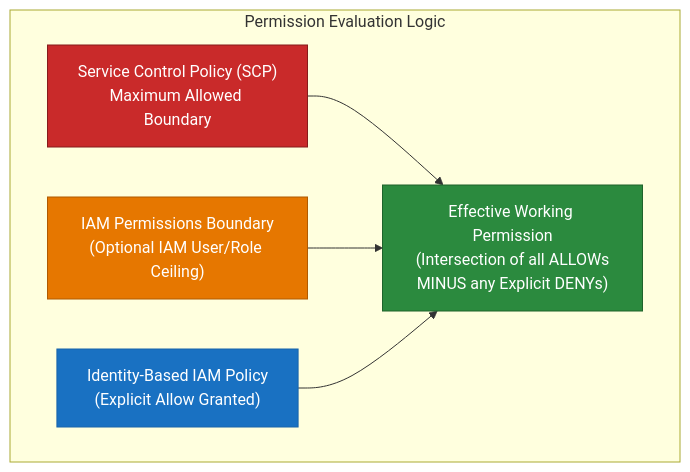
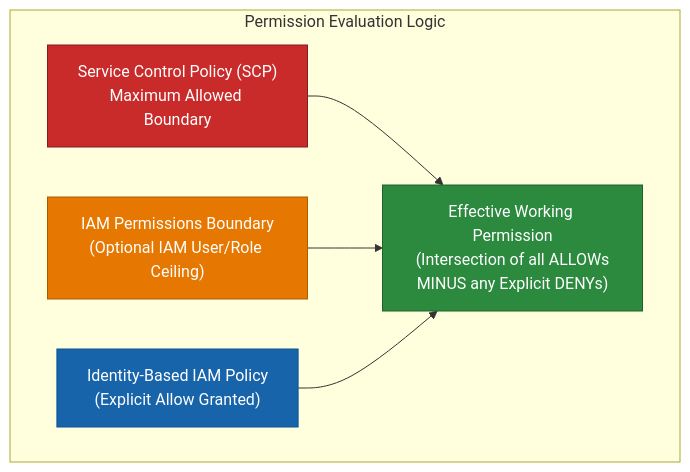
The fourth of 10 diagrams in Professional/1.4 AWS Organizations and AWS Control Tower.md (ReginRavi/AIP-C01), drawn with Mermaid before and after one commit. The commit also changed other lines of this file and 8 other files, not shown here.

````diff
--- a/Professional/1.4 AWS Organizations and AWS Control Tower.md
+++ b/Professional/1.4 AWS Organizations and AWS Control Tower.md
@@ -119,24 +152,24 @@
 ```mermaid
 flowchart TD
     subgraph Evaluation["Permission Evaluation Logic"]
         SCP["Service Control Policy (SCP)<br/>Maximum Allowed Boundary"]
         PB["IAM Permissions Boundary<br/>(Optional IAM User/Role Ceiling)"]
         IAM["Identity-Based IAM Policy<br/>(Explicit Allow Granted)"]
         
         Effective["Effective Working Permission<br/>(Intersection of all ALLOWs<br/>MINUS any Explicit DENYs)"]
         
         SCP --> Effective
         PB --> Effective
         IAM --> Effective
     end
 
     classDef scp fill:#c92a2a,stroke:#861b1b,color:#ffffff;
     classDef pb fill:#e67700,stroke:#b05a00,color:#ffffff;
-    classDef iam fill:#1971c2,stroke:#1864ab,color:#ffffff;
+    classDef iam fill:#1864ab,stroke:#0b5394,color:#ffffff;
     classDef eff fill:#2b8a3e,stroke:#1e632b,color:#ffffff;
 
     class SCP scp;
     class PB pb;
     class IAM iam;
     class Effective eff;
 ```
````
